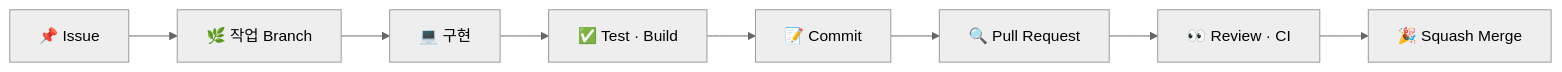
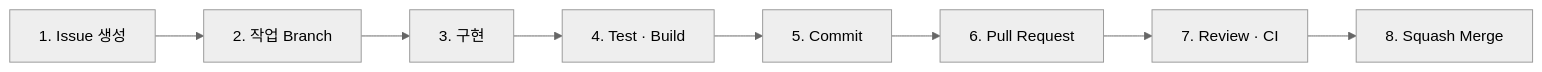
The second of 2 diagrams in profile/README.md (ieum-connect/.github), drawn with Mermaid (neutral theme) before and after one commit. The commit also changed other lines of this file and 2 other files, not shown here.

````diff
--- a/profile/README.md
+++ b/profile/README.md
@@ -210,6 +229,6 @@
 ```mermaid
 flowchart LR
-    ISSUE["📌 Issue"] --> BRANCH["🌿 작업 Branch"] --> CODE["💻 구현"]
-    CODE --> TEST["✅ Test · Build"] --> COMMIT["📝 Commit"]
-    COMMIT --> PR["🔍 Pull Request"] --> REVIEW["👀 Review · CI"] --> MERGE["🎉 Squash Merge"]
+    ISSUE["1. Issue 생성"] --> BRANCH["2. 작업 Branch"] --> CODE["3. 구현"]
+    CODE --> TEST["4. Test · Build"] --> COMMIT["5. Commit"]
+    COMMIT --> PR["6. Pull Request"] --> REVIEW["7. Review · CI"] --> MERGE["8. Squash Merge"]
 ```
````
